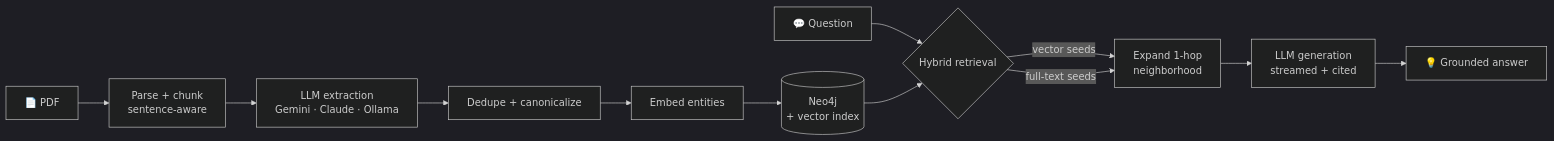
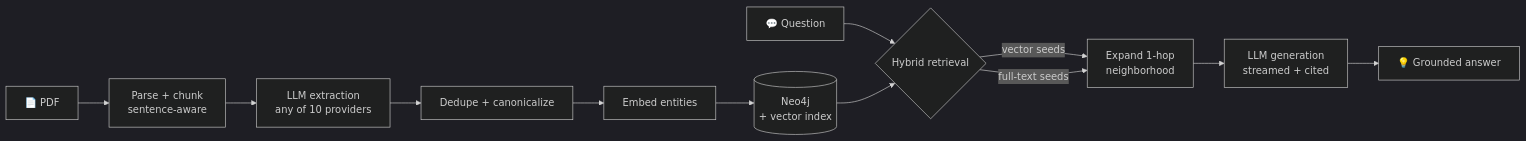
One commit to ahmedmaaloul/synapse changed the diagram in README.md. Above: the diagram before and after it, drawn with Mermaid (dark theme). The commit also changed other lines of this file and 84 other files, not shown here.

First line of the commit message:
feat: GraphRAG brain — entity resolution, communities, multi-hop, source chunks

````diff
--- a/README.md
+++ b/README.md
@@ -33,15 +82,15 @@
 ```mermaid
 flowchart LR
     PDF[📄 PDF] --> P[Parse + chunk<br/>sentence-aware]
-    P --> LLM[LLM extraction<br/>Gemini · Claude · Ollama]
+    P --> LLM[LLM extraction<br/>any of 10 providers]
     LLM --> D[Dedupe + canonicalize]
     D --> E[Embed entities]
     E --> W[(Neo4j<br/>+ vector index)]
 
     Q[💬 Question] --> H{Hybrid retrieval}
     W --> H
     H -->|vector seeds| X[Expand 1-hop<br/>neighborhood]
     H -->|full-text seeds| X
     X --> G[LLM generation<br/>streamed + cited]
     G --> A[💡 Grounded answer]
 ```
````
